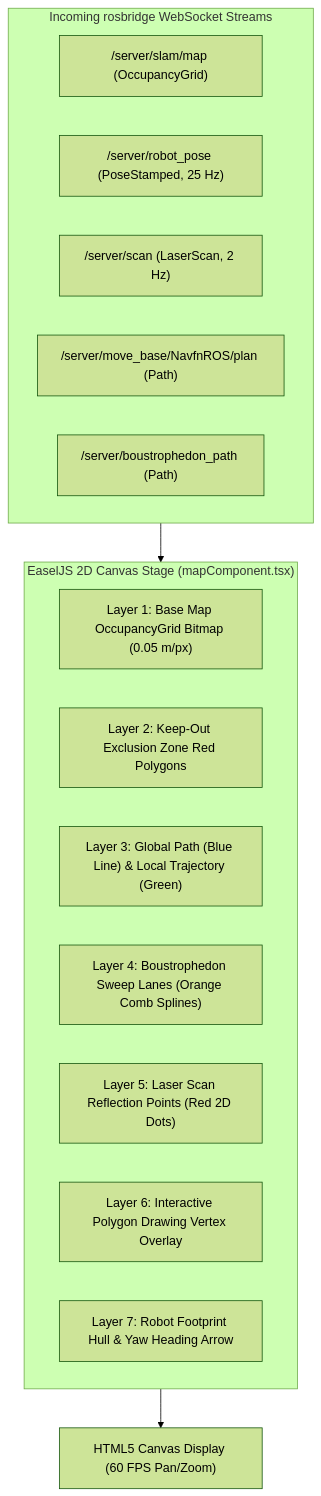
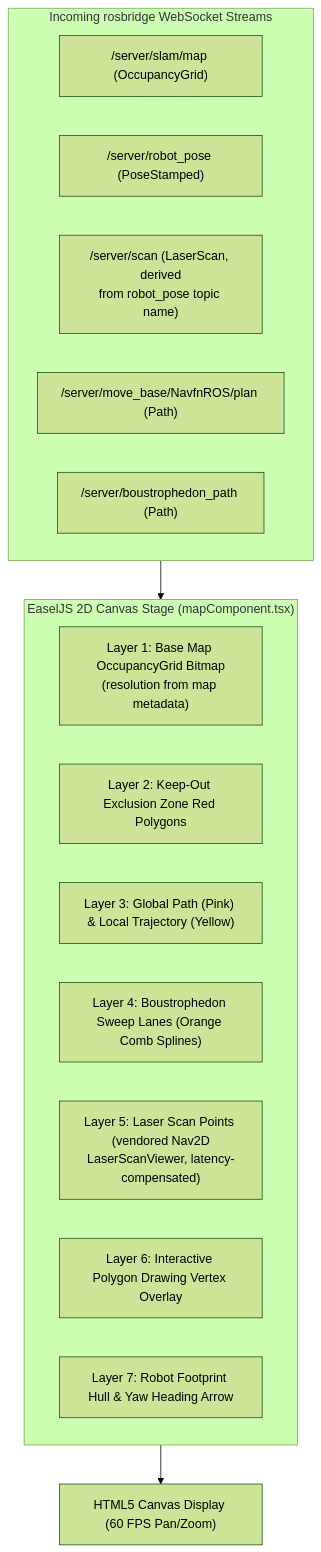
One commit to itbdelaboprogramming/msd700_documentation changed the diagram in docs/development/frontend-canvas.md. Above: the diagram before and after it, drawn with Mermaid (forest theme). The commit also changed other lines of this file and 110 other files, not shown here.

````diff
--- a/docs/development/frontend-canvas.md
+++ b/docs/development/frontend-canvas.md
@@ -14,23 +16,23 @@
 ```mermaid
 flowchart TD
   subgraph rosbridgeWS["Incoming rosbridge WebSocket Streams"]
     OCC_MSG["/server/slam/map (OccupancyGrid)"]
-    POSE_MSG["/server/robot_pose (PoseStamped, 25 Hz)"]
-    SCAN_MSG["/server/scan (LaserScan, 2 Hz)"]
+    POSE_MSG["/server/robot_pose (PoseStamped)"]
+    SCAN_MSG["/server/scan (LaserScan, derived<br/>from robot_pose topic name)"]
     PATH_MSG["/server/move_base/NavfnROS/plan (Path)"]
     BOSTRO_MSG["/server/boustrophedon_path (Path)"]
   end
 
   subgraph StagePipeline["EaselJS 2D Canvas Stage (mapComponent.tsx)"]
-    L1["Layer 1: Base Map OccupancyGrid Bitmap (0.05 m/px)"]
+    L1["Layer 1: Base Map OccupancyGrid Bitmap<br/>(resolution from map metadata)"]
     L2["Layer 2: Keep-Out Exclusion Zone Red Polygons"]
-    L3["Layer 3: Global Path (Blue Line) & Local Trajectory (Green)"]
+    L3["Layer 3: Global Path (Pink) & Local Trajectory (Yellow)"]
     L4["Layer 4: Boustrophedon Sweep Lanes (Orange Comb Splines)"]
-    L5["Layer 5: Laser Scan Reflection Points (Red 2D Dots)"]
+    L5["Layer 5: Laser Scan Points (vendored Nav2D<br/>LaserScanViewer, latency-compensated)"]
     L6["Layer 6: Interactive Polygon Drawing Vertex Overlay"]
     L7["Layer 7: Robot Footprint Hull & Yaw Heading Arrow"]
   end
 
   rosbridgeWS --> StagePipeline
   StagePipeline --> HTML5_CANVAS["HTML5 Canvas Display (60 FPS Pan/Zoom)"]
 ```
````
